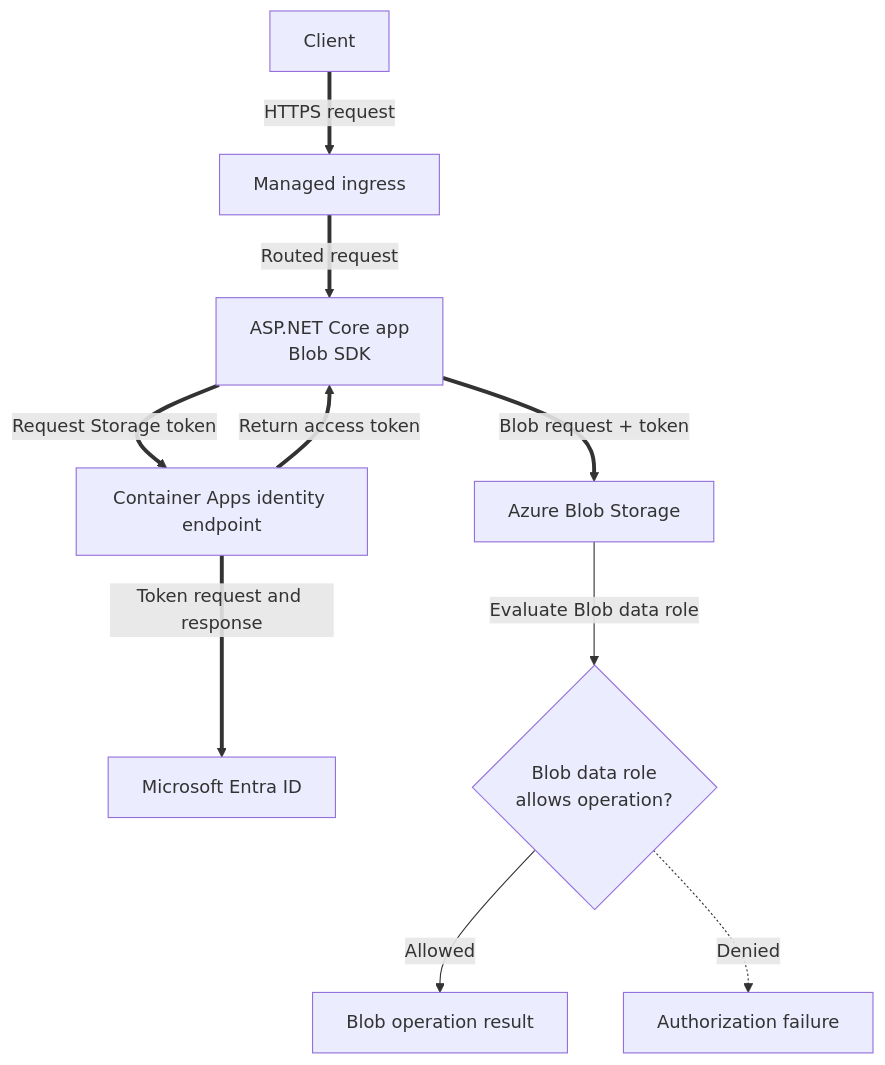
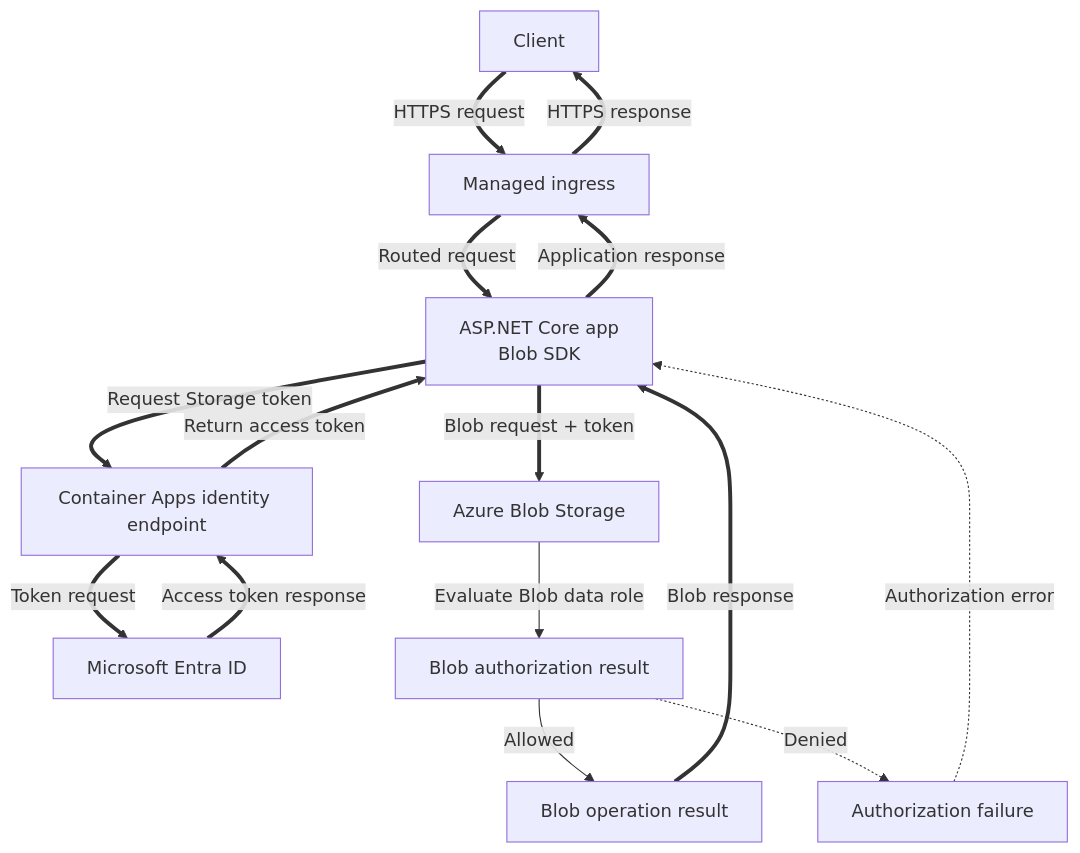
Before and after one commit to yeongseon/azure-container-apps-practical-guide: the diagram in docs/language-guides/dotnet/recipes/storage.md, drawn with Mermaid. The commit also changed other lines of this file and 22 other files, not shown here.

````diff
--- a/docs/language-guides/dotnet/recipes/storage.md
+++ b/docs/language-guides/dotnet/recipes/storage.md
@@ -19,24 +19,29 @@
 ```mermaid
 flowchart TD
     accTitle: Passwordless Blob Storage request from an ASP.NET Core container app
     accDescr: A client request reaches the app through managed ingress. DefaultAzureCredential obtains a Storage access token through the app's managed identity, then the Blob SDK sends a data request. Storage separately evaluates the identity's Blob data role assignment.
     CLIENT[Client]
     INGRESS[Managed ingress]
     APP[ASP.NET Core app<br/>Blob SDK]
     ENDPOINT[Container Apps identity endpoint]
     ENTRA[Microsoft Entra ID]
     BLOB[Azure Blob Storage]
-    AUTHZ{Blob data role<br/>allows operation?}
+    AUTHZ[Blob authorization result]
     RESULT[Blob operation result]
     DENIED[Authorization failure]
 
     CLIENT ==>|"HTTPS request"| INGRESS
     INGRESS ==>|"Routed request"| APP
     APP ==>|"Request Storage token"| ENDPOINT
-    ENDPOINT ==>|"Token request and response"| ENTRA
+    ENDPOINT ==>|"Token request"| ENTRA
+    ENTRA ==>|"Access token response"| ENDPOINT
     ENDPOINT ==>|"Return access token"| APP
     APP ==>|"Blob request + token"| BLOB
     BLOB -->|"Evaluate Blob data role"| AUTHZ
     AUTHZ -->|"Allowed"| RESULT
     AUTHZ -.->|"Denied"| DENIED
+    RESULT ==>|"Blob response"| APP
+    DENIED -.->|"Authorization error"| APP
+    APP ==>|"Application response"| INGRESS
+    INGRESS ==>|"HTTPS response"| CLIENT
 ```
````
